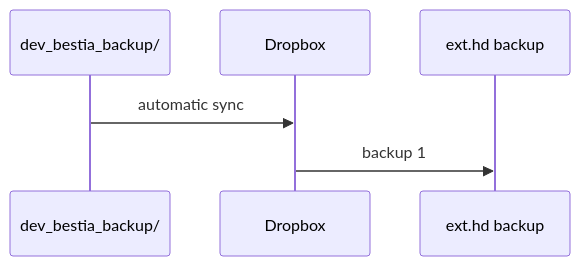
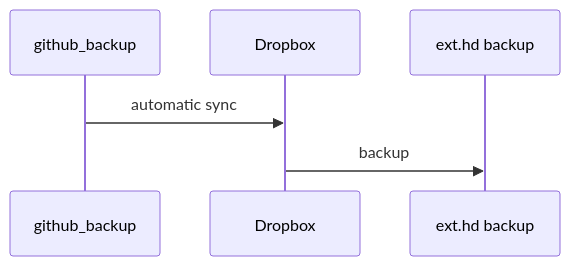
One commit to CRUSTDE-ContainerizedRustDevEnv/windows_reinstall changed the third of 4 diagrams in README.md. Above: the diagram before and after it, drawn with Mermaid. The commit also changed other lines of this file and 1 other file, not shown here.

````diff
--- a/README.md
+++ b/README.md
@@ -44,8 +44,8 @@
 ```mermaid
 sequenceDiagram
-    participant dev_bestia_backup/
+    participant github_backup
     participant Dropbox
     participant ext.hd backup
-    dev_bestia_backup/->>Dropbox: automatic sync
-    Dropbox->>ext.hd backup: backup 1    
+    github_backup->>Dropbox: automatic sync
+    Dropbox->>ext.hd backup: backup    
 ```
````
